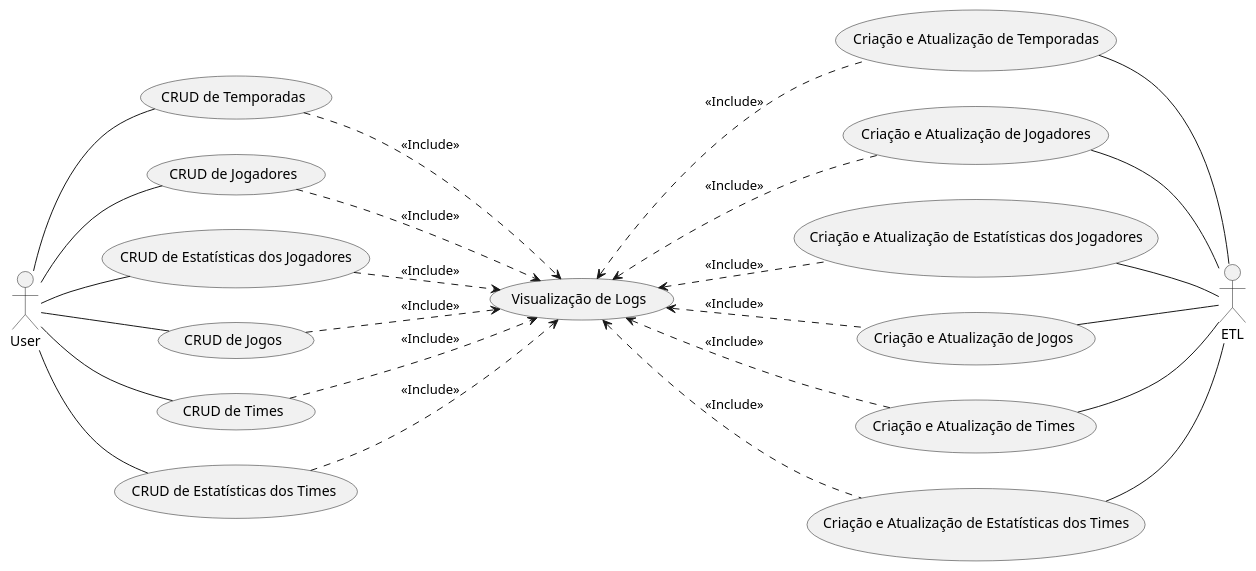
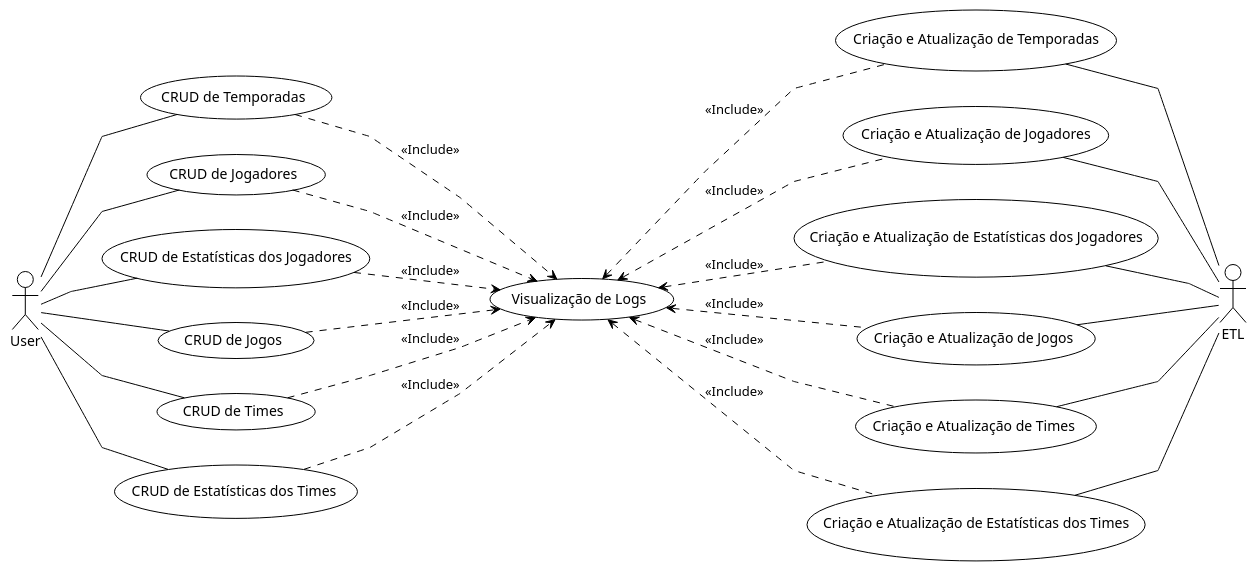
One commit to Pedro-H-Gregorio/NBA_api changed the diagram in aps/diagrams/useCase/nba_api.puml. Above: the diagram before and after it, drawn with PlantUML. The commit also changed 3 other files, not shown here.

Commit message:
Adicionando os diagramas

```diff
--- a/aps/diagrams/useCase/nba_api.puml
+++ b/aps/diagrams/useCase/nba_api.puml
@@ -1,46 +1,50 @@
 @startuml
+
+!theme plain
+skinparam linetype polyline
+
 left to right direction
 (CRUD de Temporadas) as seasons
 (CRUD de Jogadores) as players
 (CRUD de Estatísticas dos Jogadores) as players_est
 (CRUD de Jogos) as games
 (CRUD de Times) as times
 (CRUD de Estatísticas dos Times) as times_est
 
 (Visualização de Logs) as logs
 
 (Criação e Atualização de Temporadas) as seasons_cu
 (Criação e Atualização de Jogadores) as players_cu
 (Criação e Atualização de Estatísticas dos Jogadores) as players_est_cu
 (Criação e Atualização de Jogos) as games_cu
 (Criação e Atualização de Times) as times_cu
 (Criação e Atualização de Estatísticas dos Times) as times_est_cu
 
 User -- seasons
 User -- players
 User -- players_est
 User -- games
 User -- times
 User -- times_est
 
 seasons_cu -- ETL
 players_cu -- ETL
 players_est_cu -- ETL
 games_cu -- ETL
 times_cu -- ETL
 times_est_cu -- ETL
 
 seasons ..> logs : <<Include>>
 players ..> logs : <<Include>>
 players_est ..> logs : <<Include>>
 games ..> logs : <<Include>>
 times ..> logs : <<Include>>
 times_est ..> logs : <<Include>>
 
 logs <.. seasons_cu : <<Include>>
 logs <.. players_cu : <<Include>>
 logs <.. players_est_cu : <<Include>>
 logs <.. games_cu : <<Include>>
 logs <.. times_cu : <<Include>>
 logs <.. times_est_cu : <<Include>>
 @enduml
```
